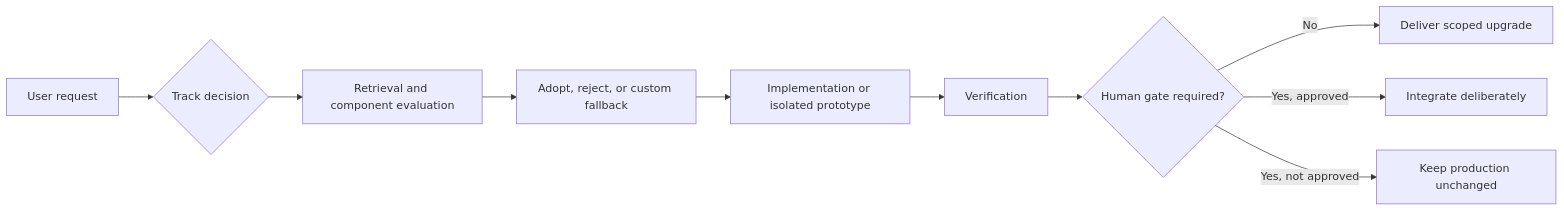
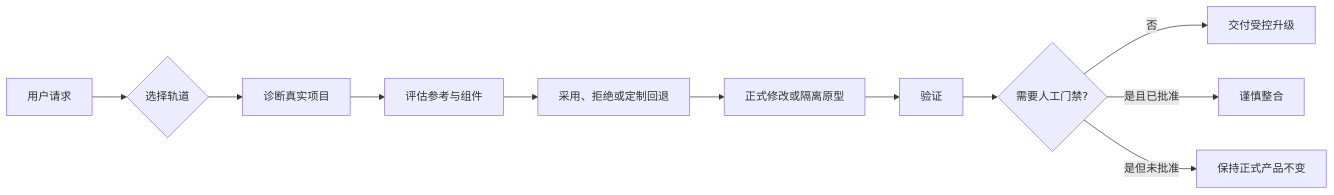
One commit to Zeno-wistom/vibe-upgrader changed the diagram in README.md. Above: the diagram before and after it, drawn with Mermaid. The commit also changed other lines of this file and 4 other files, not shown here.

````diff
--- a/README.md
+++ b/README.md
@@ -74,12 +102,13 @@
 ```mermaid
 flowchart LR
-    A[User request] --> B{Track decision}
-    B --> C[Retrieval and component evaluation]
-    C --> D[Adopt, reject, or custom fallback]
-    D --> E[Implementation or isolated prototype]
-    E --> F[Verification]
-    F --> G{Human gate required?}
-    G -->|No| H[Deliver scoped upgrade]
-    G -->|Yes, approved| I[Integrate deliberately]
-    G -->|Yes, not approved| J[Keep production unchanged]
+    A[用户请求] --> B{选择轨道}
+    B --> C[诊断真实项目]
+    C --> D[评估参考与组件]
+    D --> E[采用、拒绝或定制回退]
+    E --> F[正式修改或隔离原型]
+    F --> G[验证]
+    G --> H{需要人工门禁?}
+    H -->|否| I[交付受控升级]
+    H -->|是且已批准| J[谨慎整合]
+    H -->|是但未批准| K[保持正式产品不变]
 ```
````
